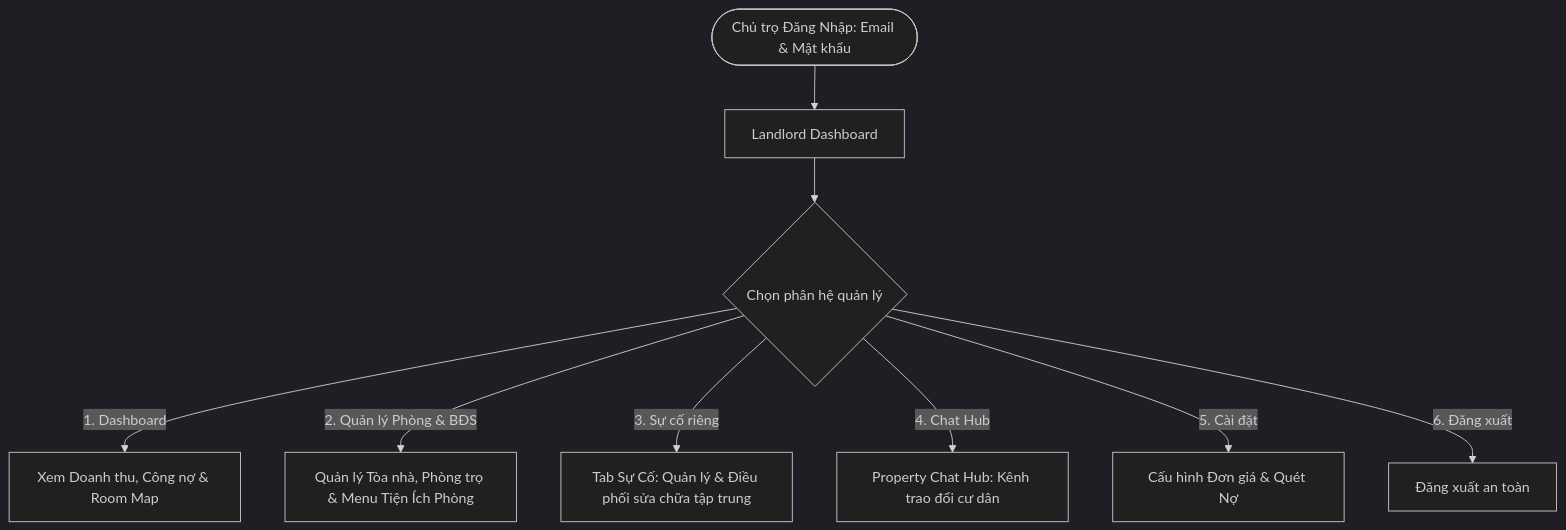
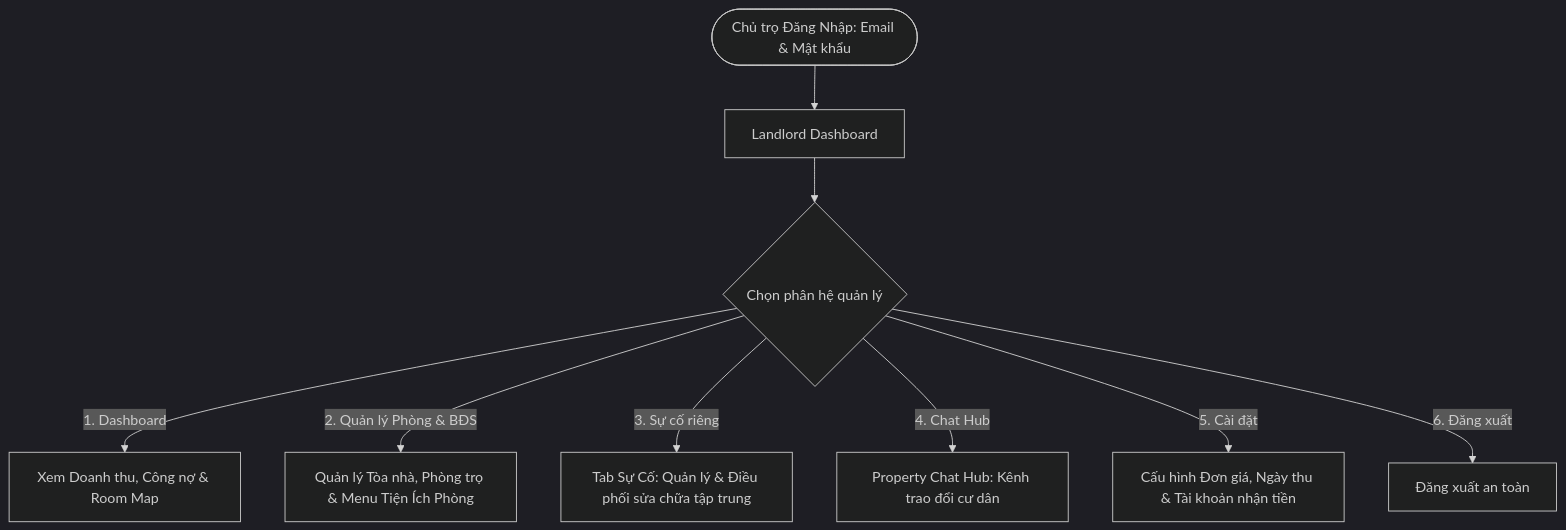
Before and after one commit to pbl6-home-renter/docs: the first of 9 diagrams in phase-1/discovery/user_flow/landlord_user_flow.md, drawn with Mermaid (dark theme). The commit also changed other lines of this file and 16 other files, not shown here.

````diff
--- a/phase-1/discovery/user_flow/landlord_user_flow.md
+++ b/phase-1/discovery/user_flow/landlord_user_flow.md
@@ -39,12 +39,12 @@
 ```mermaid
 flowchart TD
     StartLL([Chủ trọ Đăng Nhập: Email & Mật khẩu]) --> HomeLL[Landlord Dashboard]
     HomeLL --> MainNav{Chọn phân hệ quản lý}
-    
+
     MainNav -->|1. Dashboard| TabDash[Xem Doanh thu, Công nợ & Room Map]
     MainNav -->|2. Quản lý Phòng & BĐS| TabProp[Quản lý Tòa nhà, Phòng trọ & Menu Tiện Ích Phòng]
     MainNav -->|3. Sự cố riêng| TabIssues[Tab Sự Cố: Quản lý & Điều phối sửa chữa tập trung]
     MainNav -->|4. Chat Hub| TabChat[Property Chat Hub: Kênh trao đổi cư dân]
-    MainNav -->|5. Cài đặt| TabSettings[Cấu hình Đơn giá & Quét Nợ]
+    MainNav -->|5. Cài đặt| TabSettings[Cấu hình Đơn giá, Ngày thu & Tài khoản nhận tiền]
     MainNav -->|6. Đăng xuất| LogoutLL[Đăng xuất an toàn]
 ```
````
